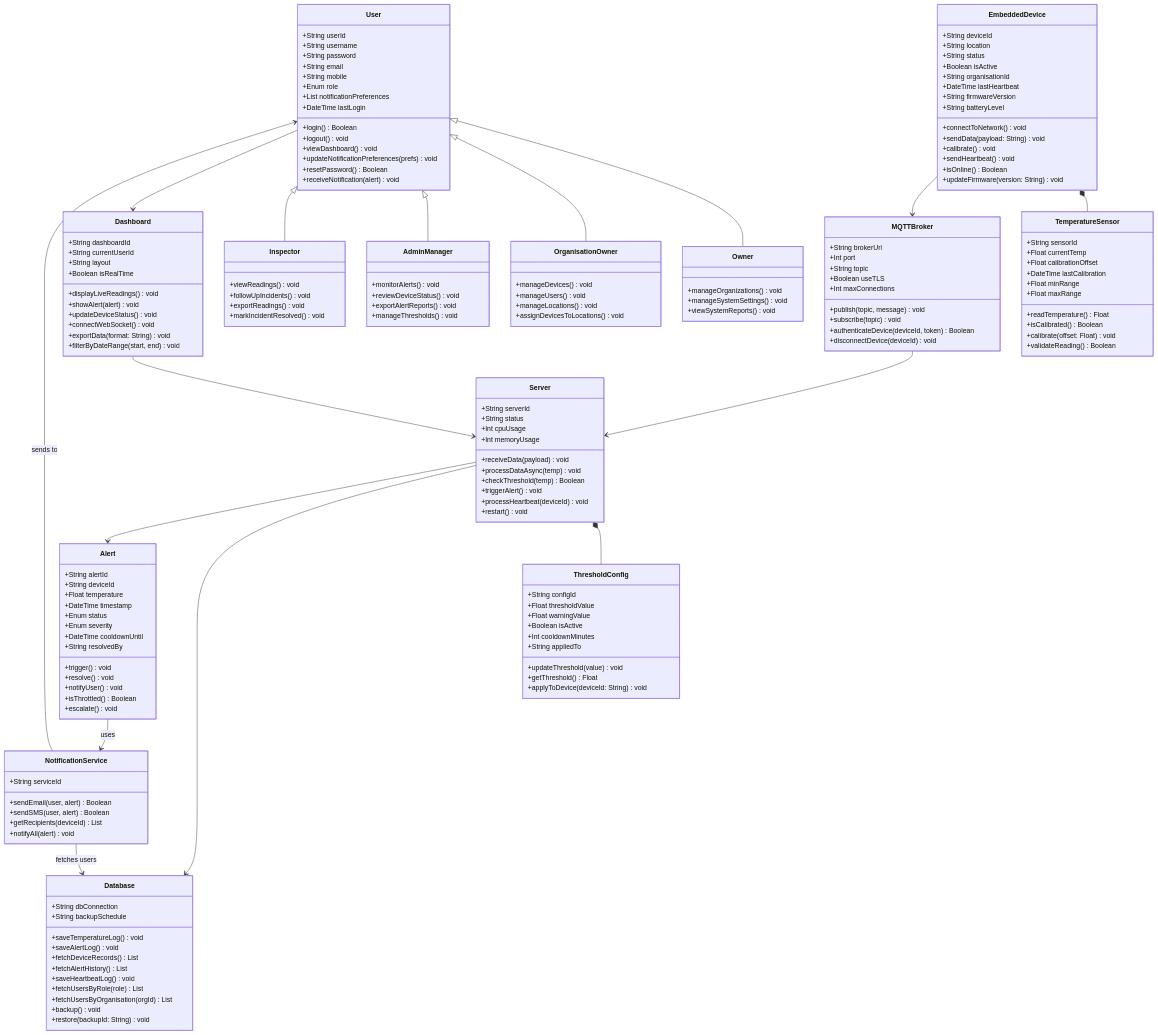
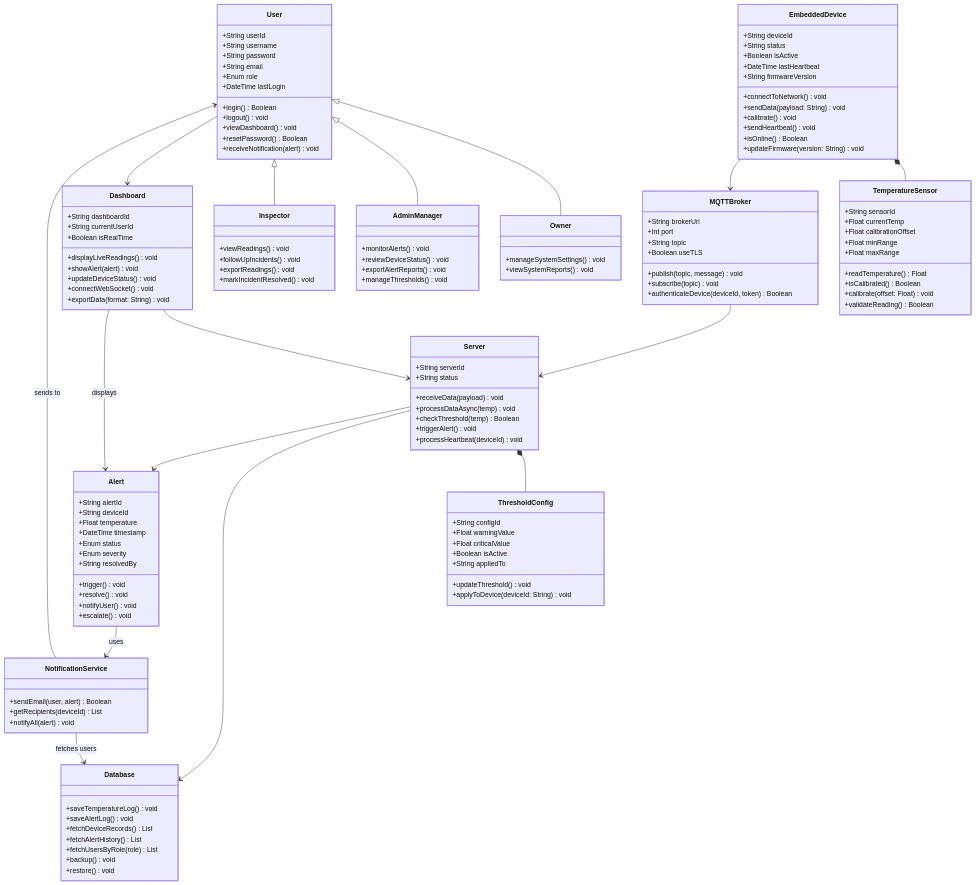
The diagram in Stage 3/2. Define Components, Classes, and Database Design/ER Diagram.md (rabea14180-max/Portfolio-Project), drawn with Mermaid before and after one commit.

Commit message:
Refactor ER diagram and remove unused attributes

````diff
--- a/Stage 3/2. Define Components, Classes, and Database Design/ER Diagram.md
+++ b/Stage 3/2. Define Components, Classes, and Database Design/ER Diagram.md
@@ -191,53 +191,44 @@
 ```mermaid
-classDiagram
+ classDiagram
     class User {
         +String userId
         +String username
         +String password
         +String email
-        +String mobile
         +Enum role
-        +List notificationPreferences
         +DateTime lastLogin
         +login() Boolean
         +logout() void
         +viewDashboard() void
-        +updateNotificationPreferences(prefs) void
         +resetPassword() Boolean
         +receiveNotification(alert) void
     }
+
     class Owner {
-        +manageOrganizations() void
         +manageSystemSettings() void
         +viewSystemReports() void
     }
-    class OrganisationOwner {
-        +manageDevices() void
-        +manageUsers() void
-        +manageLocations() void
-        +assignDevicesToLocations() void
-    }
+
     class AdminManager {
         +monitorAlerts() void
         +reviewDeviceStatus() void
         +exportAlertReports() void
         +manageThresholds() void
     }
+
     class Inspector {
         +viewReadings() void
         +followUpIncidents() void
         +exportReadings() void
         +markIncidentResolved() void
     }
+
     class EmbeddedDevice {
         +String deviceId
-        +String location
         +String status
         +Boolean isActive
-        +String organisationId
         +DateTime lastHeartbeat
         +String firmwareVersion
-        +String batteryLevel
         +connectToNetwork() void
         +sendData(payload: String) void
         +calibrate() void
@@ -245,11 +236,11 @@
         +isOnline() Boolean
         +updateFirmware(version: String) void
     }
+
     class TemperatureSensor {
         +String sensorId
         +Float currentTemp
         +Float calibrationOffset
-        +DateTime lastCalibration
         +Float minRange
         +Float maxRange
         +readTemperature() Float
@@ -257,42 +248,37 @@
         +calibrate(offset: Float) void
         +validateReading() Boolean
     }
+
     class MQTTBroker {
         +String brokerUrl
         +Int port
         +String topic
         +Boolean useTLS
-        +Int maxConnections
         +publish(topic, message) void
         +subscribe(topic) void
         +authenticateDevice(deviceId, token) Boolean
-        +disconnectDevice(deviceId) void
     }
+
     class Server {
         +String serverId
         +String status
-        +Int cpuUsage
-        +Int memoryUsage
         +receiveData(payload) void
         +processDataAsync(temp) void
         +checkThreshold(temp) Boolean
         +triggerAlert() void
         +processHeartbeat(deviceId) void
-        +restart() void
     }
+
     class Database {
-        +String dbConnection
-        +String backupSchedule
         +saveTemperatureLog() void
         +saveAlertLog() void
         +fetchDeviceRecords() List
         +fetchAlertHistory() List
-        +saveHeartbeatLog() void
         +fetchUsersByRole(role) List
-        +fetchUsersByOrganisation(orgId) List
         +backup() void
-        +restore(backupId: String) void
+        +restore() void
     }
+
     class Alert {
         +String alertId
         +String deviceId
@@ -300,59 +286,60 @@
         +DateTime timestamp
         +Enum status
         +Enum severity
-        +DateTime cooldownUntil
         +String resolvedBy
         +trigger() void
         +resolve() void
         +notifyUser() void
-        +isThrottled() Boolean
         +escalate() void
     }
+
     class Dashboard {
         +String dashboardId
         +String currentUserId
-        +String layout
         +Boolean isRealTime
         +displayLiveReadings() void
         +showAlert(alert) void
         +updateDeviceStatus() void
         +connectWebSocket() void
         +exportData(format: String) void
-        +filterByDateRange(start, end) void
     }
+
     class ThresholdConfig {
         +String configId
-        +Float thresholdValue
         +Float warningValue
+        +Float criticalValue
         +Boolean isActive
-        +Int cooldownMinutes
         +String appliedTo
-        +updateThreshold(value) void
-        +getThreshold() Float
+        +updateThreshold() void
         +applyToDevice(deviceId: String) void
     }
+
     class NotificationService {
-        +String serviceId
         +sendEmail(user, alert) Boolean
-        +sendSMS(user, alert) Boolean
         +getRecipients(deviceId) List
         +notifyAll(alert) void
     }
 
     User <|-- Owner
-    User <|-- OrganisationOwner
     User <|-- AdminManager
     User <|-- Inspector
+
     EmbeddedDevice *-- TemperatureSensor
-    Server *-- ThresholdConfig
+
     EmbeddedDevice --> MQTTBroker
     MQTTBroker --> Server
+
+    Server *-- ThresholdConfig
     Server --> Database
+    Server --> Alert
+
     Dashboard --> Server
+    Dashboard --> Alert : displays
+
     User --> Dashboard
-    Server --> Alert
-    
+
     Alert --> NotificationService : uses
+
     NotificationService --> User : sends to
     NotificationService --> Database : fetches users
     
````
